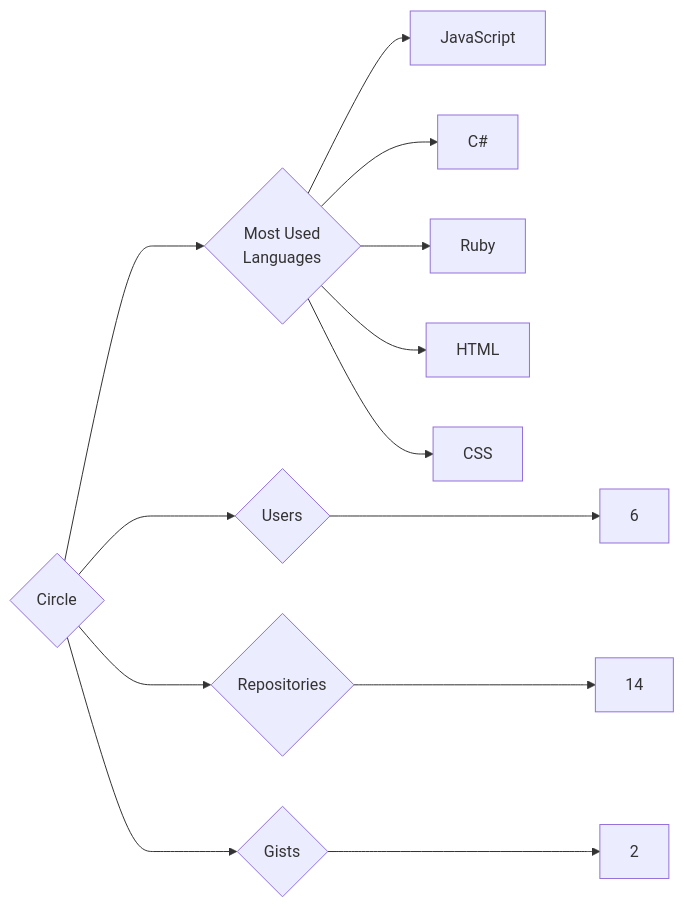
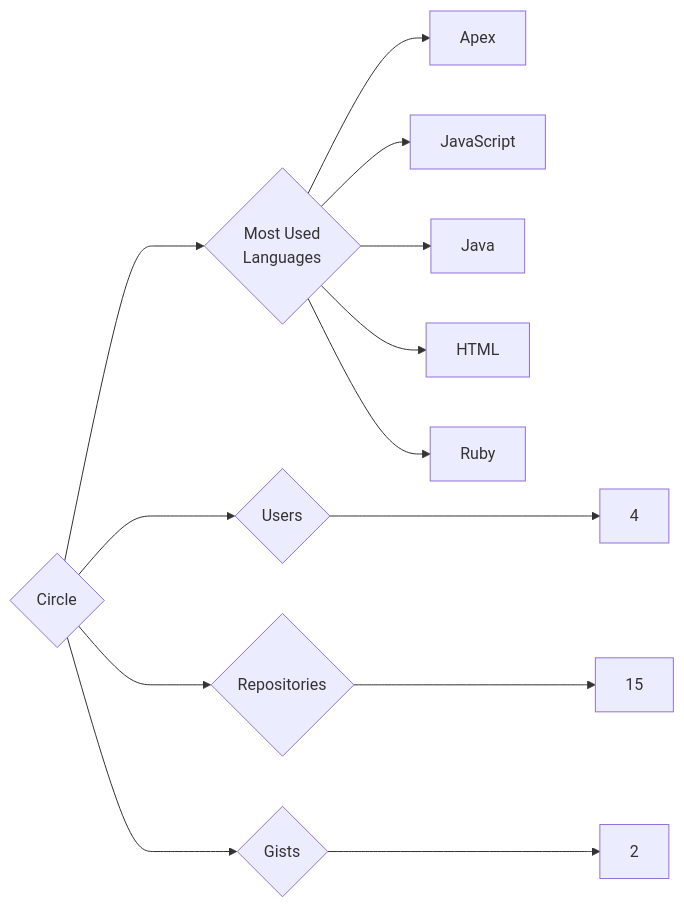
Before and after one commit to trickest/insiders: the diagram in targets/Circle/README.md, drawn with Mermaid. The commit also changed 933 other files, not shown here.

````diff
--- a/targets/Circle/README.md
+++ b/targets/Circle/README.md
@@ -3,13 +3,13 @@
 ```mermaid
 graph LR
 COMPANY_NAME{Circle}
-COMPANY_NAME ---> U{Users} ---> UN[6]
-COMPANY_NAME ---> R{Repositories} ---> RN[14]
+COMPANY_NAME ---> U{Users} ---> UN[4]
+COMPANY_NAME ---> R{Repositories} ---> RN[15]
 COMPANY_NAME ---> G{Gists} ---> GN[2]
 COMPANY_NAME ---> ML{Most Used<br>Languages}
+ML --> Apex[Apex]
 ML --> JavaScript[JavaScript]
-ML --> C#[C#]
+ML --> Java[Java]
+ML --> HTML[HTML]
 ML --> Ruby[Ruby]
-ML --> HTML[HTML]
-ML --> CSS[CSS]
 ```
````
